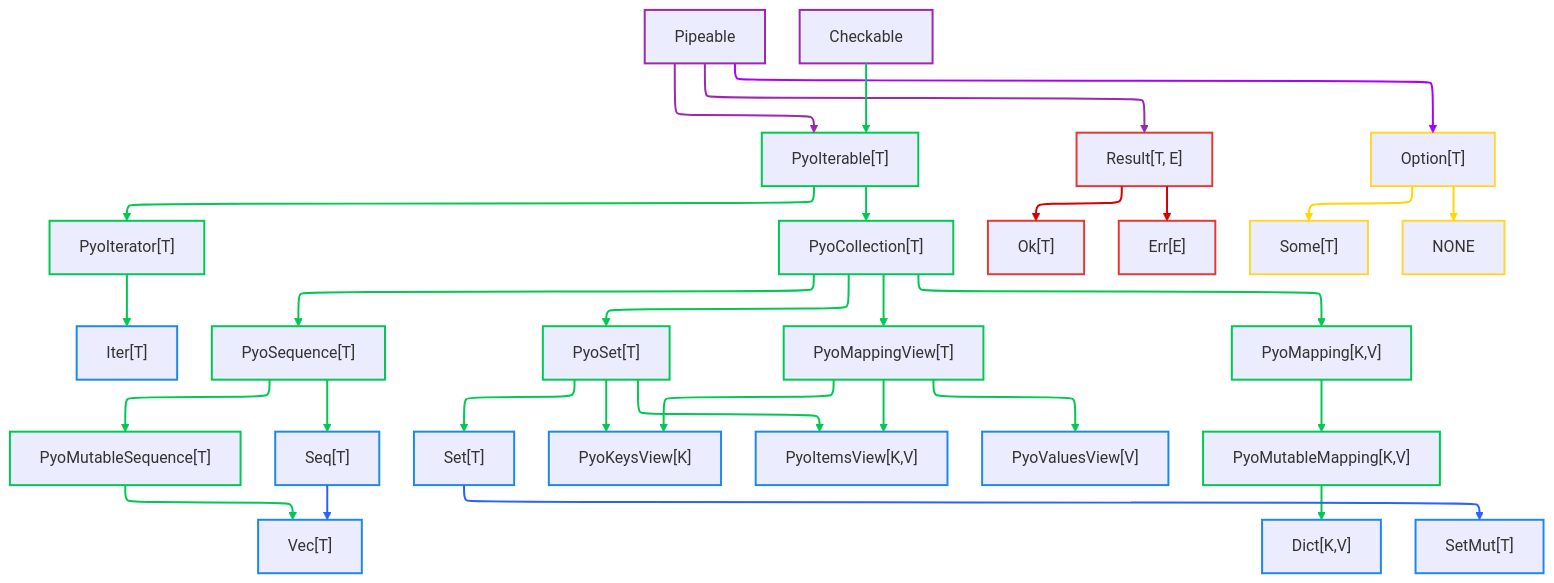
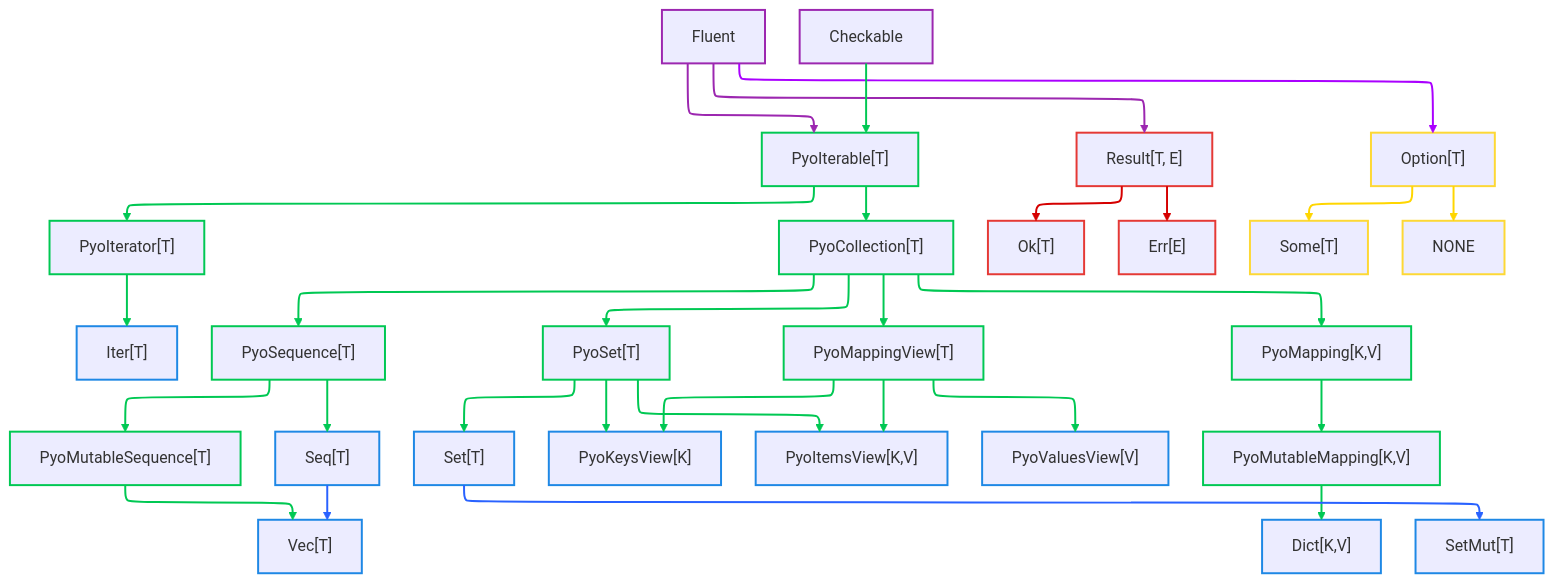
One commit to OutSquareCapital/pyochain changed the diagram in docs/overview.md. Above: the diagram before and after it, drawn with Mermaid. The commit also changed other lines of this file and 13 other files, not shown here.

Commit message:
refactor: `Pipeable` mixin renamed to `Fluent`

````diff
--- a/docs/overview.md
+++ b/docs/overview.md
@@ -15,78 +15,78 @@
 ```mermaid
 ---
 config:
   layout: elk
 ---
 flowchart TB
-    Pipeable["Pipeable"] ==> PyoIterable["PyoIterable[T]"] & Result["Result[T, E]"] & Option["Option[T]"]
+    Fluent["Fluent"] ==> PyoIterable["PyoIterable[T]"] & Result["Result[T, E]"] & Option["Option[T]"]
     Checkable["Checkable"] ==> PyoIterable
     PyoIterable --> PyoIterator["PyoIterator[T]"] & PyoCollection["PyoCollection[T]"]
     PyoIterator ==> Iter["Iter[T]"]
     PyoCollection --> PyoSequence["PyoSequence[T]"] & PyoSet["PyoSet[T]"] & PyoMappingView["PyoMappingView[T]"] & PyoMapping["PyoMapping[K,V]"]
     PyoSequence --> PyoMutableSequence["PyoMutableSequence[T]"]
     PyoSequence ==> Seq["Seq[T]"]
     PyoMutableSequence ==> Vec["Vec[T]"]
     PyoSet ==> Set["Set[T]"] & PyoKeysView["PyoKeysView[K]"] & PyoItemsView["PyoItemsView[K,V]"]
     PyoMappingView ==> PyoKeysView & PyoValuesView["PyoValuesView[V]"] & PyoItemsView
     PyoMapping ==> PyoMutableMapping["PyoMutableMapping[K,V]"]
     PyoMutableMapping ==> Dict["Dict[K,V]"]
     Result ==> Ok["Ok[T]"] & Err["Err[E]"]
     Option ==> Some["Some[T]"] & NONE["NONE"]
     Set ==> SetMut["SetMut[T]"]
     Seq ==> Vec
 
-    style Pipeable stroke:#9C27B0,stroke-width:2px
+    style Fluent stroke:#9C27B0,stroke-width:2px
     style PyoIterable stroke:#00C853,stroke-width:2px
     style Result stroke:#E53935,stroke-width:2px
     style Option stroke:#FDD835,stroke-width:2px
     style Checkable stroke:#9C27B0,stroke-width:2px
     style PyoIterator stroke:#00C853,stroke-width:2px
     style PyoCollection stroke:#00C853,stroke-width:2px
     style Iter stroke:#1E88E5,stroke-width:2px
     style PyoSequence stroke:#00C853,stroke-width:2px
     style PyoSet stroke:#00C853,stroke-width:2px
     style PyoMappingView stroke:#00C853,stroke-width:2px
     style PyoMapping stroke:#00C853,stroke-width:2px
     style PyoMutableSequence stroke:#00C853,stroke-width:2px
     style Seq stroke:#1E88E5,stroke-width:2px
     style Vec stroke:#1E88E5,stroke-width:2px
     style Set stroke:#1E88E5,stroke-width:2px
     style PyoKeysView stroke:#1E88E5,stroke-width:2px
     style PyoItemsView stroke:#1E88E5,stroke-width:2px
     style SetMut stroke:#1E88E5,stroke-width:2px
     style PyoValuesView stroke:#1E88E5,stroke-width:2px
     style PyoMutableMapping stroke:#00C853,stroke-width:2px
     style Dict stroke:#1E88E5,stroke-width:2px
     style Ok stroke:#E53935,stroke-width:2px
     style Err stroke:#E53935,stroke-width:2px
     style Some stroke:#FDD835,stroke-width:2px
     style NONE stroke:#FDD835,stroke-width:2px
     linkStyle 0 stroke:#9C27B0,stroke-width:2px,fill:none
     linkStyle 1 stroke:#9C27B0,stroke-width:2px,fill:none
     linkStyle 2 stroke:#AA00FF,stroke-width:2px,fill:none
     linkStyle 3 stroke:#00C853,stroke-width:2px,fill:none
     linkStyle 4 stroke:#00C853,stroke-width:2px,fill:none
     linkStyle 5 stroke:#00C853,stroke-width:2px,fill:none
     linkStyle 6 stroke:#00C853,stroke-width:2px,fill:none
     linkStyle 7 stroke:#00C853,stroke-width:2px,fill:none
     linkStyle 8 stroke:#00C853,stroke-width:2px,fill:none
     linkStyle 9 stroke:#00C853,stroke-width:2px,fill:none
     linkStyle 10 stroke:#00C853,stroke-width:2px,fill:none
     linkStyle 11 stroke:#00C853,stroke-width:2px,fill:none
     linkStyle 12 stroke:#00C853,stroke-width:2px,fill:none
     linkStyle 13 stroke:#00C853,fill:none,stroke-width:2px
     linkStyle 14 stroke:#00C853,stroke-width:2px,fill:none
     linkStyle 15 stroke:#00C853,stroke-width:2px,fill:none
     linkStyle 16 stroke:#00C853,stroke-width:2px,fill:none
     linkStyle 17 stroke:#00C853,stroke-width:2px,fill:none
     linkStyle 18 stroke:#00C853,stroke-width:2px,fill:none
     linkStyle 19 stroke:#00C853,stroke-width:2px,fill:none
     linkStyle 20 stroke:#00C853,stroke-width:2px,fill:none
     linkStyle 21 stroke:#00C853,stroke-width:2px,fill:none
     linkStyle 22 stroke:#D50000,stroke-width:2px,fill:none
     linkStyle 23 stroke:#D50000,stroke-width:2px,fill:none
     linkStyle 24 stroke:#FFD600,stroke-width:2px,fill:none
     linkStyle 25 stroke:#FFD600,stroke-width:2px,fill:none
     linkStyle 26 stroke:#2962FF,fill:none,stroke-width:2px
     linkStyle 27 stroke:#2962FF,fill:none,stroke-width:2px
 ```
````
